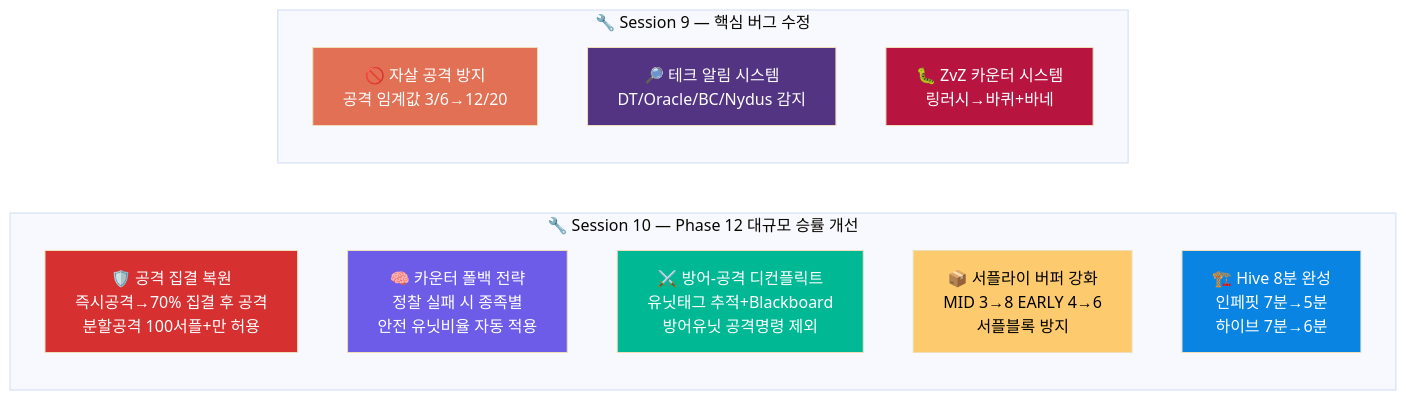
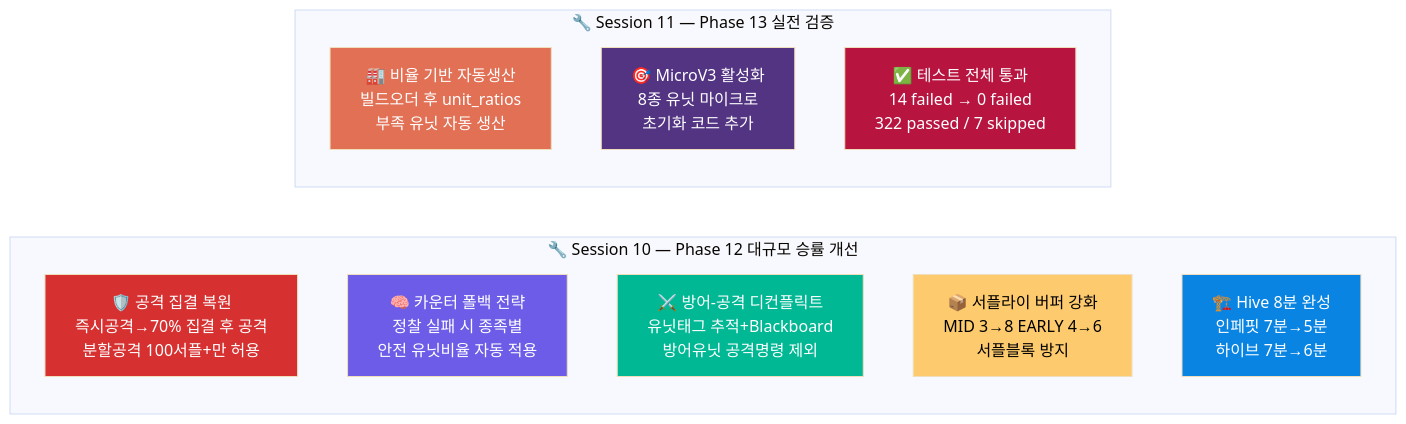
Diagram 31 of 31 in README.md (sun475300-sudo/Swarm-control-in-sc2bot), drawn with Mermaid (base theme) before and after one commit. The commit also changed other lines of this file, not shown here.

First line of the commit message:
docs: README 업데이트 — Phase 13 반영 (테스트 0 failed, 103건 버그 수정)

````diff
--- a/README.md
+++ b/README.md
@@ -852,27 +854,27 @@
 ```mermaid
 graph LR
     subgraph "🔧 Session 10 — Phase 12 대규모 승률 개선"
         direction TB
         FIX1["🛡️ 공격 집결 복원<br/>즉시공격→70% 집결 후 공격<br/>분할공격 100서플+만 허용"]
         FIX2["🧠 카운터 폴백 전략<br/>정찰 실패 시 종족별<br/>안전 유닛비율 자동 적용"]
         FIX3["⚔️ 방어-공격 디컨플릭트<br/>유닛태그 추적+Blackboard<br/>방어유닛 공격명령 제외"]
         FIX4["📦 서플라이 버퍼 강화<br/>MID 3→8 EARLY 4→6<br/>서플블록 방지"]
         FIX5["🏗️ Hive 8분 완성<br/>인페핏 7분→5분<br/>하이브 7분→6분"]
     end
 
-    subgraph "🔧 Session 9 — 핵심 버그 수정"
+    subgraph "🔧 Session 11 — Phase 13 실전 검증"
         direction TB
-        FIX6["🚫 자살 공격 방지<br/>공격 임계값 3/6→12/20"]
-        FIX7["🔎 테크 알림 시스템<br/>DT/Oracle/BC/Nydus 감지"]
-        FIX8["🐛 ZvZ 카운터 시스템<br/>링러시→바퀴+바네"]
+        FIX6["🏭 비율 기반 자동생산<br/>빌드오더 후 unit_ratios<br/>부족 유닛 자동 생산"]
+        FIX7["🎯 MicroV3 활성화<br/>8종 유닛 마이크로<br/>초기화 코드 추가"]
+        FIX8["✅ 테스트 전체 통과<br/>14 failed → 0 failed<br/>322 passed / 7 skipped"]
     end
 
     style FIX1 fill:#d63031,color:#fff
     style FIX2 fill:#6c5ce7,color:#fff
     style FIX3 fill:#00b894,color:#fff
     style FIX4 fill:#fdcb6e,color:#000
     style FIX5 fill:#0984e3,color:#fff
     style FIX6 fill:#e17055,color:#fff
     style FIX7 fill:#533483,color:#fff
     style FIX8 fill:#b71540,color:#fff
 ```
````
